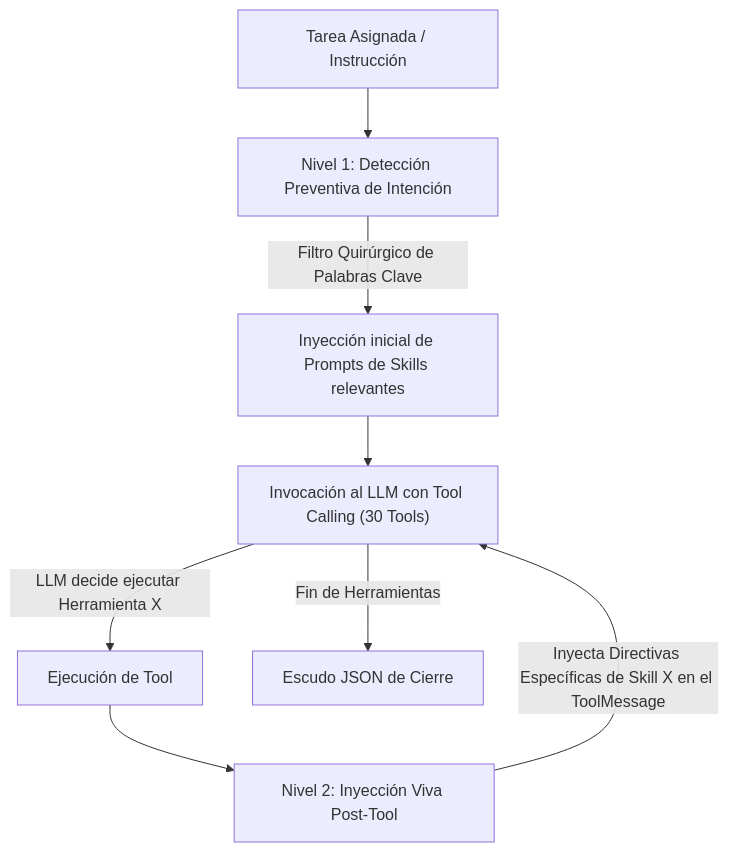
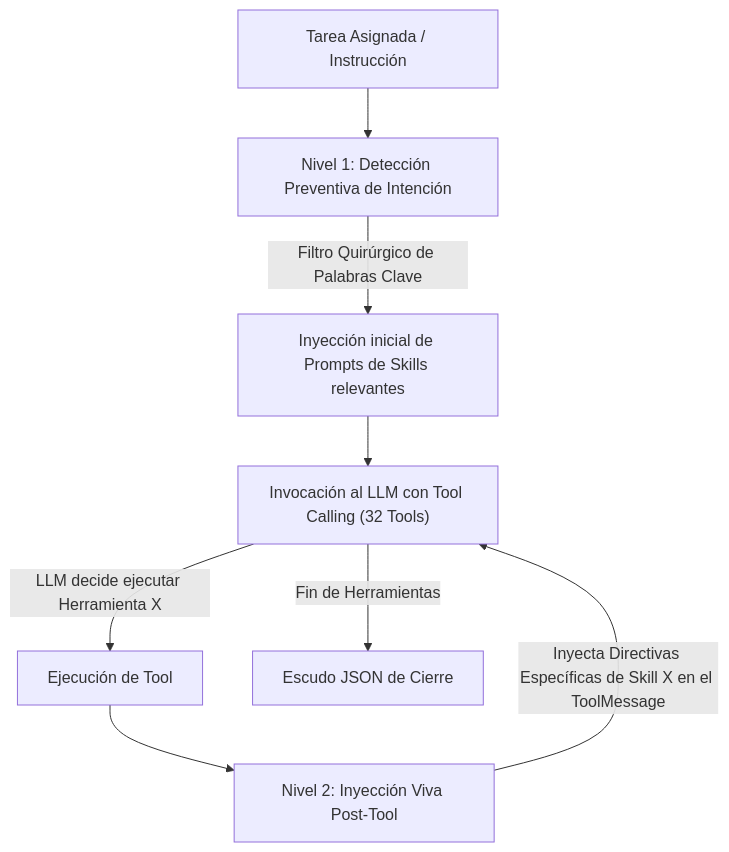
Before and after one commit to wuil3529-lenny/Agentes: the diagram in sistema/Script_Subagente_Asistencia_Agent.md, drawn with Mermaid. The commit also changed other lines of this file and 15 other files, not shown here.

````diff
--- a/sistema/Script_Subagente_Asistencia_Agent.md
+++ b/sistema/Script_Subagente_Asistencia_Agent.md
@@ -31,10 +31,10 @@
 ```mermaid
 flowchart TD
     A["Tarea Asignada / Instrucción"] --> B["Nivel 1: Detección Preventiva de Intención"]
     B -->|"Filtro Quirúrgico de Palabras Clave"| C["Inyección inicial de Prompts de Skills relevantes"]
-    C --> D["Invocación al LLM con Tool Calling (30 Tools)"]
+    C --> D["Invocación al LLM con Tool Calling (32 Tools)"]
     D -->|"LLM decide ejecutar Herramienta X"| E["Ejecución de Tool"]
     E --> F["Nivel 2: Inyección Viva Post-Tool"]
     F -->|"Inyecta Directivas Específicas de Skill X en el ToolMessage"| D
     D -->|"Fin de Herramientas"| G["Escudo JSON de Cierre"]
 ```
````
